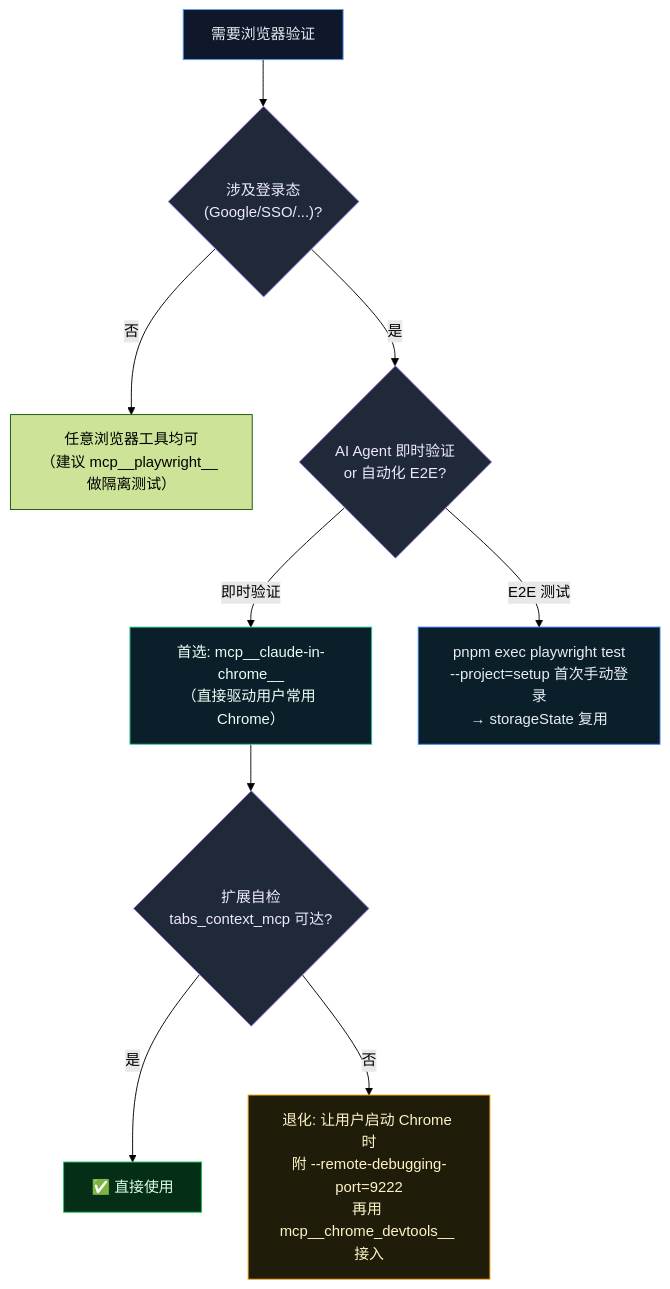
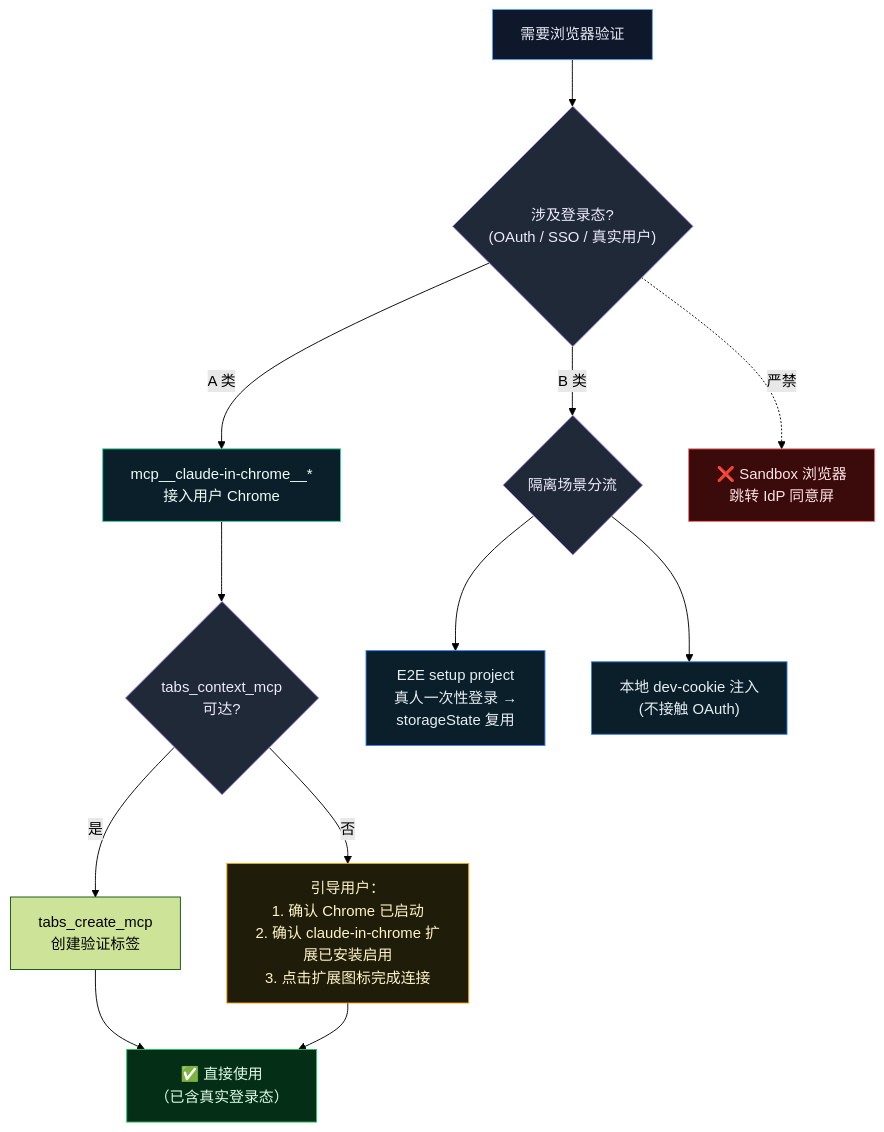
The first of 3 diagrams in docs/agents/browser-validation.md (ThreeFish-AI/negentropy), drawn with Mermaid (forest theme) before and after one commit. The commit also changed other lines of this file and 559 other files, not shown here.

````diff
--- a/docs/agents/browser-validation.md
+++ b/docs/agents/browser-validation.md
@@ -32,20 +112,28 @@
 ```mermaid
 flowchart TD
-  Start["需要浏览器验证"] --> NeedAuth{"涉及登录态<br/>(Google/SSO/...)?"}
-  NeedAuth -->|否| Free["任意浏览器工具均可<br/>（建议 mcp__playwright__ 做隔离测试）"]
-  NeedAuth -->|是| Mode{"AI Agent 即时验证<br/>or 自动化 E2E?"}
-  Mode -->|即时验证| Primary["首选: mcp__claude-in-chrome__<br/>（直接驱动用户常用 Chrome）"]
-  Primary --> Reachable{"扩展自检<br/>tabs_context_mcp 可达?"}
-  Reachable -->|是| Use1["✅ 直接使用"]
-  Reachable -->|否| Fallback["退化: 让用户启动 Chrome 时<br/>附 --remote-debugging-port=9222<br/>再用 mcp__chrome_devtools__ 接入"]
-  Mode -->|E2E 测试| E2E["pnpm exec playwright test<br/>--project=setup 首次手动登录<br/>→ storageState 复用"]
+  Start["需要浏览器验证"] --> NeedAuth{"涉及登录态?<br/>(OAuth / SSO / 真实用户)"}
+
+  NeedAuth -->|"A 类"| CiC["mcp__claude-in-chrome__*<br/>接入用户 Chrome"]
+  CiC --> Reachable{"tabs_context_mcp<br/>可达?"}
+  Reachable -->|是| TabCreate["tabs_create_mcp<br/>创建验证标签"]
+  TabCreate --> OK["✅ 直接使用<br/>（已含真实登录态）"]
+  Reachable -->|否| Recover["引导用户：<br/>1. 确认 Chrome 已启动<br/>2. 确认 claude-in-chrome 扩展已安装启用<br/>3. 点击扩展图标完成连接"]
+  Recover --> OK
+
+  NeedAuth -->|"B 类"| BRoute{"隔离场景分流"}
+  BRoute --> E2E["E2E setup project<br/>真人一次性登录 →<br/>storageState 复用"]
+  BRoute --> DevCK["本地 dev-cookie 注入<br/>(不接触 OAuth)"]
+
+  NeedAuth -.->|"严禁"| Forbid["❌ Sandbox 浏览器<br/>跳转 IdP 同意屏"]
 
   style Start fill:#0f172a,stroke:#60a5fa,color:#e2e8f0
-  style Primary fill:#0b1f2a,stroke:#34d399,color:#ecfdf5
-  style Use1 fill:#052e16,stroke:#22c55e,color:#dcfce7
-  style Fallback fill:#1f1d0a,stroke:#f59e0b,color:#fef3c7
+  style CiC fill:#0b1f2a,stroke:#34d399,color:#ecfdf5
+  style OK fill:#052e16,stroke:#22c55e,color:#dcfce7
+  style Recover fill:#1f1d0a,stroke:#f59e0b,color:#fef3c7
   style E2E fill:#0b1f2a,stroke:#3b82f6,color:#e6edf3
+  style DevCK fill:#0b1f2a,stroke:#3b82f6,color:#e6edf3
   style NeedAuth fill:#1f2937,stroke:#a78bfa,color:#ede9fe
-  style Mode fill:#1f2937,stroke:#a78bfa,color:#ede9fe
   style Reachable fill:#1f2937,stroke:#a78bfa,color:#ede9fe
+  style BRoute fill:#1f2937,stroke:#a78bfa,color:#ede9fe
+  style Forbid fill:#3b0a0a,stroke:#f87171,color:#fee2e2
 ```
````
